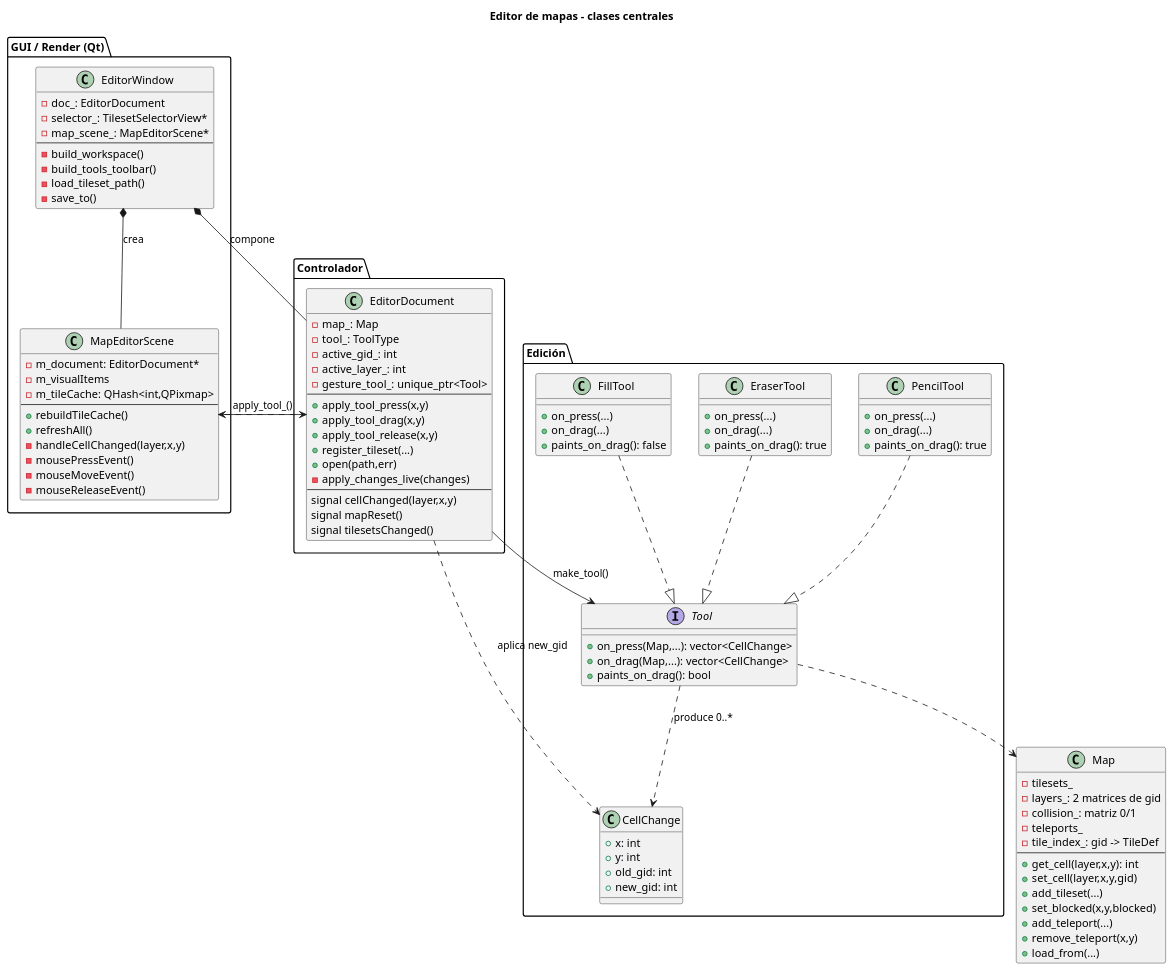
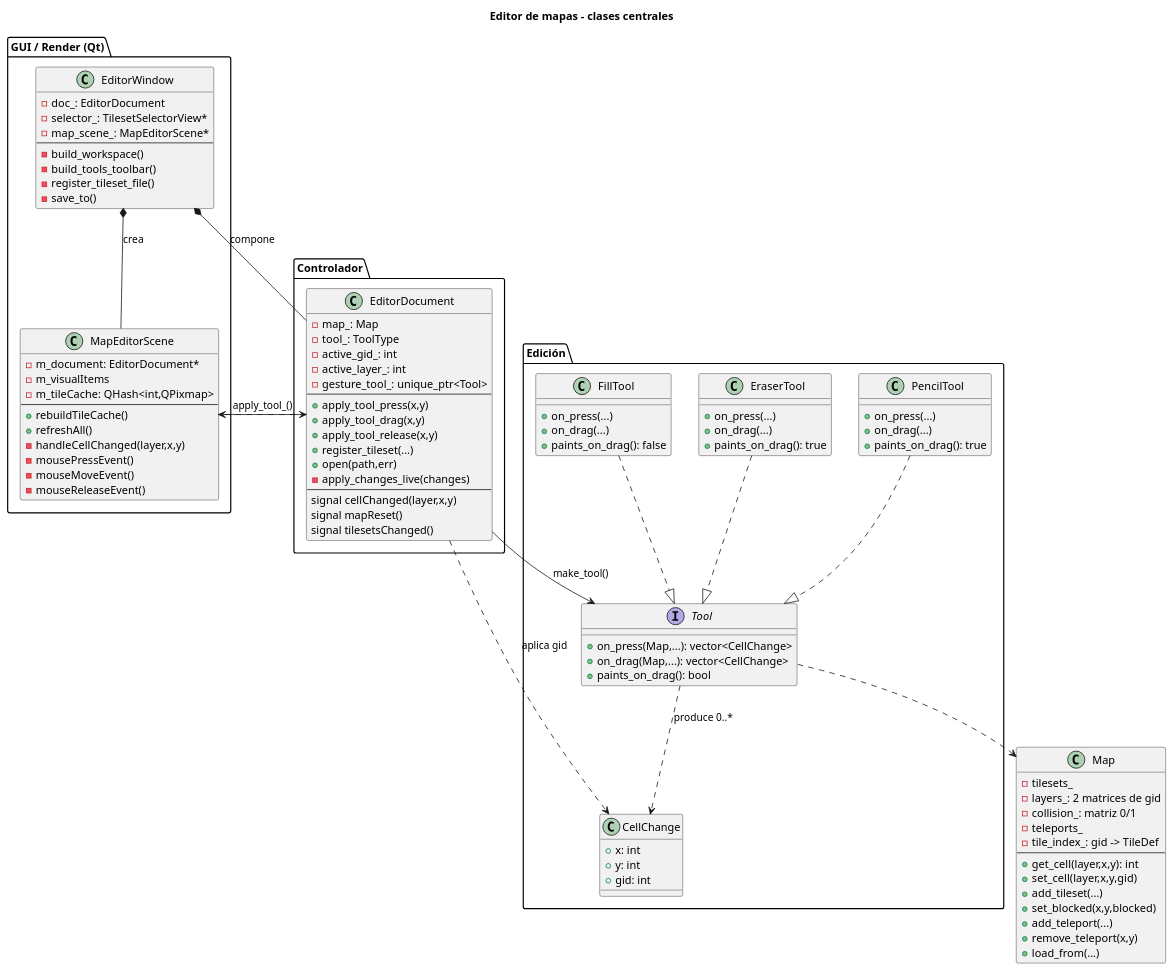
Before and after one commit to juanbalella20/Tp---final-Taller-de-programacion-: the diagram in docs/diagrams /editor/01_clases_nucleo.puml, drawn with PlantUML. The commit also changed 10 other files, not shown here.

Commit message:
update(doc_tecnia): agrego diagramas que se borraron

```diff
--- a/docs/diagrams /editor/01_clases_nucleo.puml
+++ b/docs/diagrams /editor/01_clases_nucleo.puml
@@ -1,113 +1,112 @@
 @startuml
 title Editor de mapas - clases centrales
 
 package "GUI / Render (Qt)" {
   class EditorWindow {
     - doc_: EditorDocument
     - selector_: TilesetSelectorView*
     - map_scene_: MapEditorScene*
     --
     - build_workspace()
     - build_tools_toolbar()
-    - load_tileset_path()
+    - register_tileset_file()
     - save_to()
   }
 
   class MapEditorScene {
     - m_document: EditorDocument*
     - m_visualItems
     - m_tileCache: QHash<int,QPixmap>
     --
     + rebuildTileCache()
     + refreshAll()
     - handleCellChanged(layer,x,y)
     - mousePressEvent()
     - mouseMoveEvent()
     - mouseReleaseEvent()
   }
 }
 
 package "Controlador" {
   class EditorDocument {
     - map_: Map
     - tool_: ToolType
     - active_gid_: int
     - active_layer_: int
     - gesture_tool_: unique_ptr<Tool>
     --
     + apply_tool_press(x,y)
     + apply_tool_drag(x,y)
     + apply_tool_release(x,y)
     + register_tileset(...)
     + open(path,err)
     - apply_changes_live(changes)
     --
     signal cellChanged(layer,x,y)
     signal mapReset()
     signal tilesetsChanged()
   }
 }
 
 package "Edición" {
   interface Tool {
     + on_press(Map,...): vector<CellChange>
     + on_drag(Map,...): vector<CellChange>
     + paints_on_drag(): bool
   }
 
   class PencilTool {
     + on_press(...)
     + on_drag(...)
     + paints_on_drag(): true
   }
 
   class EraserTool {
     + on_press(...)
     + on_drag(...)
     + paints_on_drag(): true
   }
 
   class FillTool {
     + on_press(...)
     + on_drag(...)
     + paints_on_drag(): false
   }
 
   class CellChange {
     + x: int
     + y: int
-    + old_gid: int
-    + new_gid: int
+    + gid: int
   }
 }
 
 class Map {
     - tilesets_
     - layers_: 2 matrices de gid
     - collision_: matriz 0/1
     - teleports_
     - tile_index_: gid -> TileDef
     --
     + get_cell(layer,x,y): int
     + set_cell(layer,x,y,gid)
     + add_tileset(...)
     + set_blocked(x,y,blocked)
     + add_teleport(...)
     + remove_teleport(x,y)
     + load_from(...)
   }
 
 EditorWindow *-- EditorDocument : compone
 EditorWindow *-- MapEditorScene : crea
 MapEditorScene --> EditorDocument : apply_tool_()
 EditorDocument ..> MapEditorScene
 EditorDocument --> Tool : make_tool()
 PencilTool ..|> Tool
 EraserTool ..|> Tool
 FillTool ..|> Tool
 
 Tool ..> Map 
 Tool ..> CellChange : produce 0..*
-EditorDocument ..> CellChange : aplica new_gid
+EditorDocument ..> CellChange : aplica gid
 
 @enduml
```
